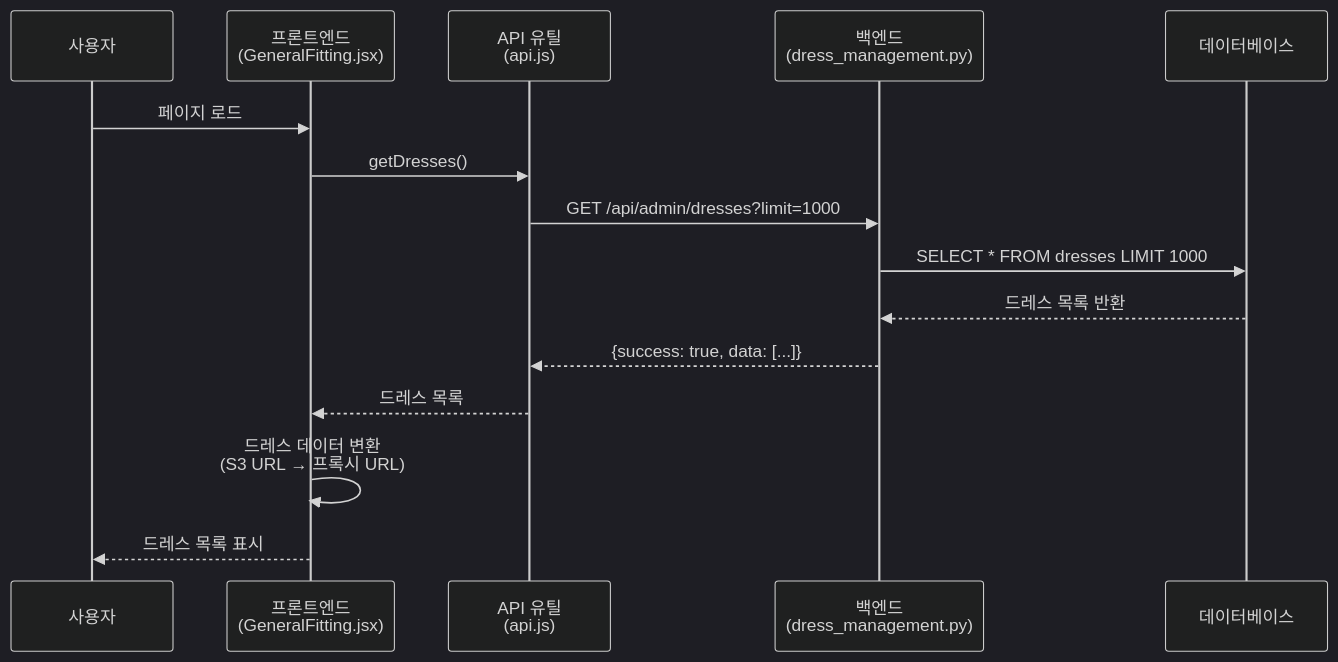
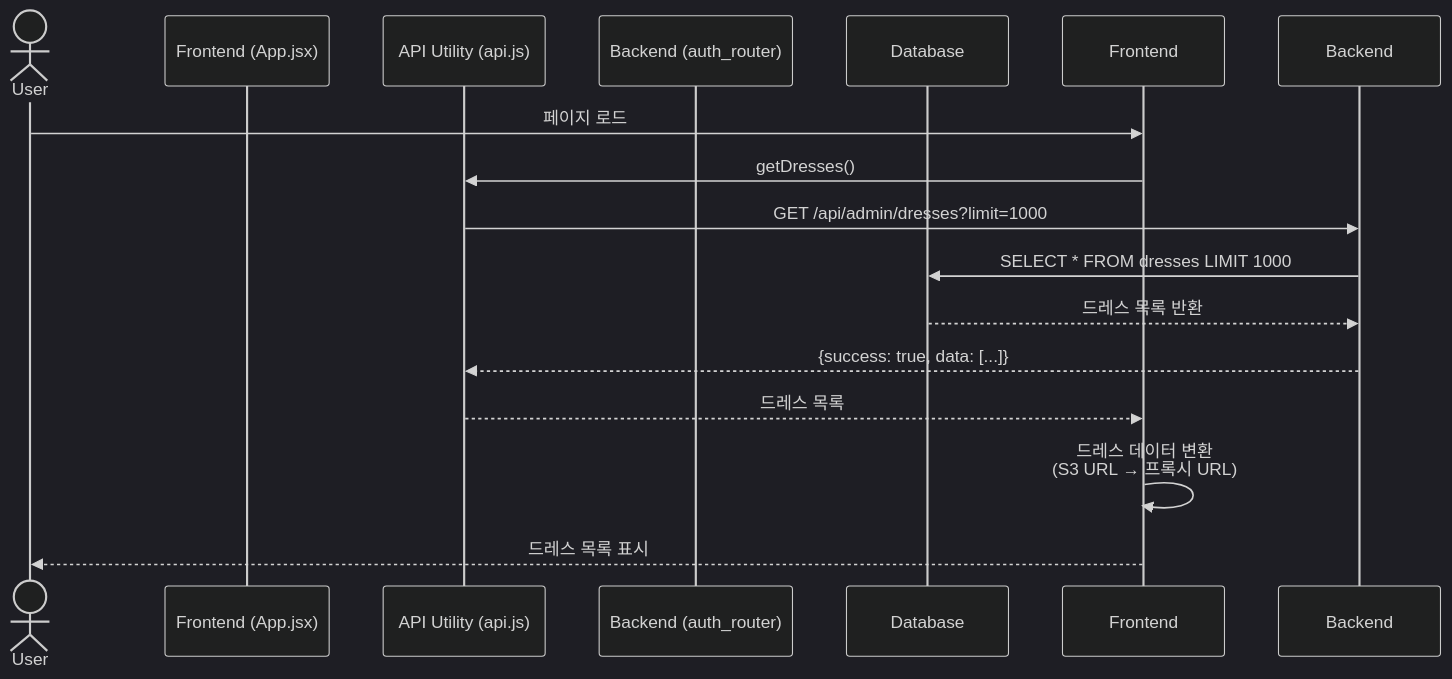
Before and after one commit to MerrydayPrject/final-repo-back: the first of 12 diagrams in docs/sequence_diagrams.md, drawn with Mermaid (dark theme). The commit also changed other lines of this file, not shown here.

Commit message:
diagrams_merged

````diff
--- a/docs/sequence_diagrams.md
+++ b/docs/sequence_diagrams.md
@@ -9,18 +9,18 @@
 ```mermaid
 sequenceDiagram
-    participant User as 사용자
-    participant Frontend as 프론트엔드<br/>(GeneralFitting.jsx)
-    participant API as API 유틸<br/>(api.js)
-    participant Backend as 백엔드<br/>(dress_management.py)
-    participant DB as 데이터베이스
+    actor User
+    participant FE as Frontend (App.jsx)
+    participant API as API Utility (api.js)
+    participant BE as Backend (auth_router)
+    participant DB as Database
 
     User->>Frontend: 페이지 로드
     Frontend->>API: getDresses()
     API->>Backend: GET /api/admin/dresses?limit=1000
     Backend->>DB: SELECT * FROM dresses LIMIT 1000
     DB-->>Backend: 드레스 목록 반환
     Backend-->>API: {success: true, data: [...]}
     API-->>Frontend: 드레스 목록
     Frontend->>Frontend: 드레스 데이터 변환<br/>(S3 URL → 프록시 URL)
     Frontend-->>User: 드레스 목록 표시
 ```
````
